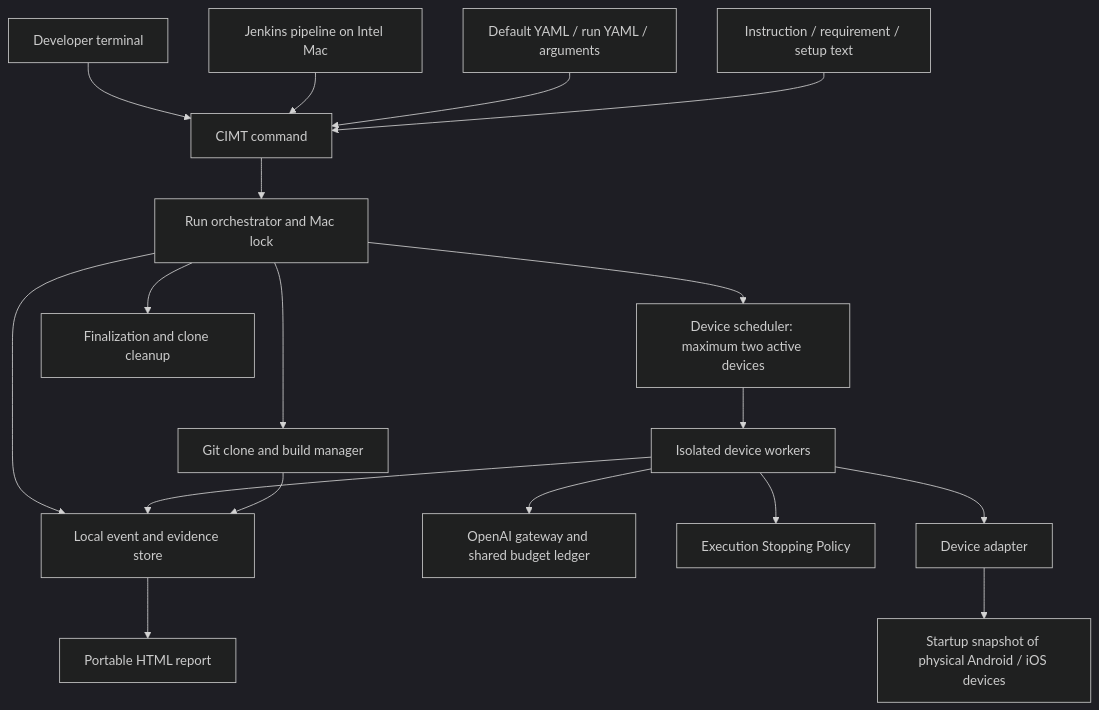
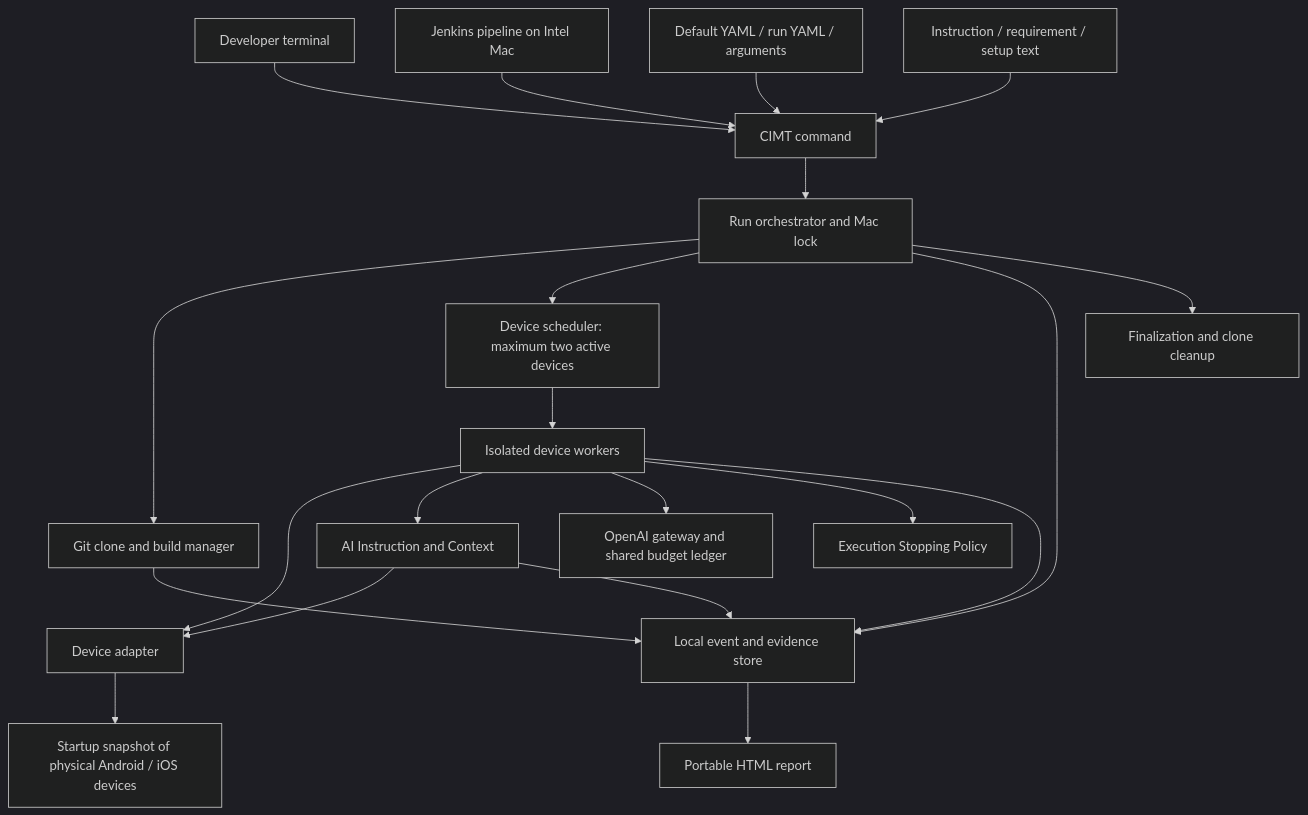
The diagram in docs/architecture.md (Richard032/CIMT), drawn with Mermaid (dark theme) before and after one commit. The commit also changed other lines of this file and 25 other files, not shown here.

````diff
--- a/docs/architecture.md
+++ b/docs/architecture.md
@@ -22,20 +22,23 @@
 ```mermaid
 flowchart TD
     T[Developer terminal] --> C[CIMT command]
     J[Jenkins pipeline on Intel Mac] --> C
     Y[Default YAML / run YAML / arguments] --> C
     I[Instruction / requirement / setup text] --> C
     C --> O[Run orchestrator and Mac lock]
     O --> B[Git clone and build manager]
     O --> S[Device scheduler: maximum two active devices]
     S --> W[Isolated device workers]
     W --> A[Device adapter]
     A --> D[Startup snapshot of physical Android / iOS devices]
+    W --> N[AI Instruction and Context]
+    N --> A
+    N --> E
     W --> P[OpenAI gateway and shared budget ledger]
     W --> K[Execution Stopping Policy]
     O --> E[Local event and evidence store]
     W --> E
     B --> E
     E --> R[Portable HTML report]
     O --> F[Finalization and clone cleanup]
 ```
````
